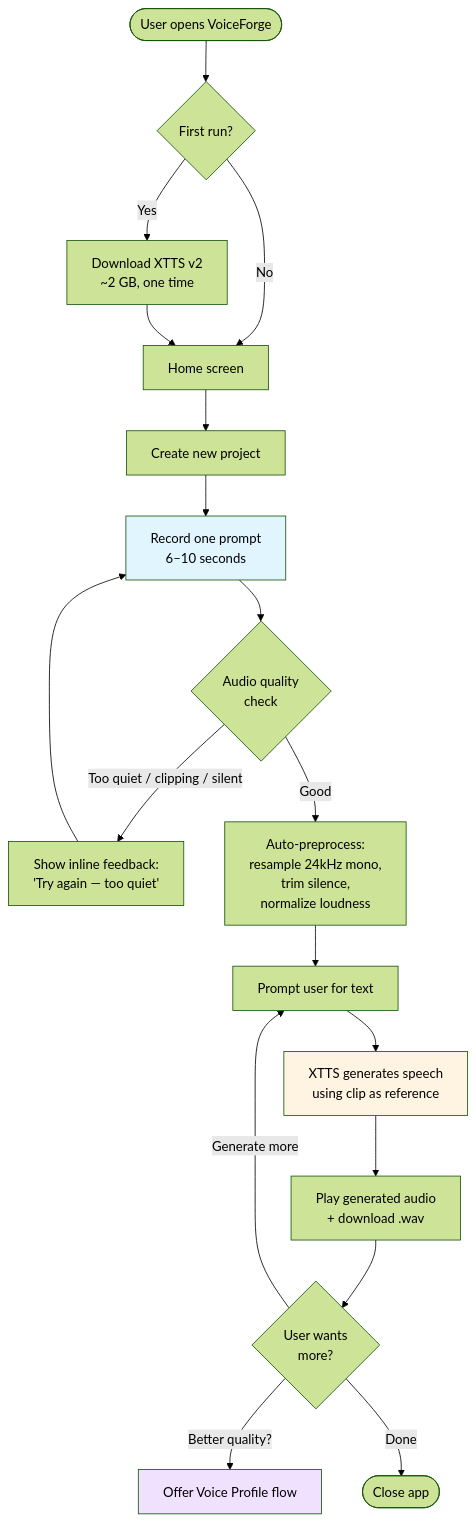
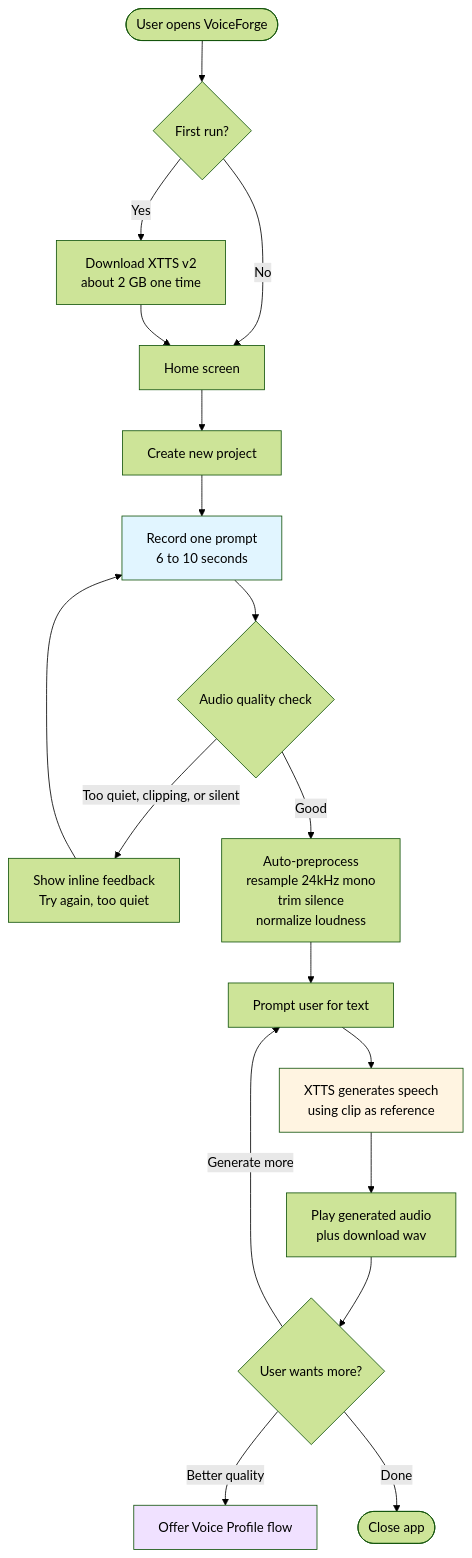
One commit to hk2166/Modulizer changed the second of 5 diagrams in README.md. Above: the diagram before and after it, drawn with Mermaid (forest theme). The commit also changed other lines of this file, not shown here.

````diff
--- a/README.md
+++ b/README.md
@@ -86,28 +88,28 @@
 ```mermaid
 flowchart TD
-    Start([User opens VoiceForge]) --> Check{First run?}
-    Check -->|Yes| Download[Download XTTS v2<br/>~2 GB, one time]
-    Check -->|No| Home[Home screen]
+    Start(["User opens VoiceForge"]) --> Check{"First run?"}
+    Check -->|Yes| Download["Download XTTS v2<br/>about 2 GB one time"]
+    Check -->|No| Home["Home screen"]
     Download --> Home
 
-    Home --> NewProj[Create new project]
-    NewProj --> Record[Record one prompt<br/>6–10 seconds]
+    Home --> NewProj["Create new project"]
+    NewProj --> Record["Record one prompt<br/>6 to 10 seconds"]
 
-    Record --> Validate{Audio quality<br/>check}
-    Validate -->|Too quiet / clipping / silent| RetryFeedback["Show inline feedback:<br/>'Try again — too quiet'"]
+    Record --> Validate{"Audio quality check"}
+    Validate -->|Too quiet, clipping, or silent| RetryFeedback["Show inline feedback<br/>Try again, too quiet"]
     RetryFeedback --> Record
-    Validate -->|Good| Preprocess[Auto-preprocess:<br/>resample 24kHz mono,<br/>trim silence,<br/>normalize loudness]
+    Validate -->|Good| Preprocess["Auto-preprocess<br/>resample 24kHz mono<br/>trim silence<br/>normalize loudness"]
 
-    Preprocess --> ReadyText[Prompt user for text]
-    ReadyText --> Generate[XTTS generates speech<br/>using clip as reference]
-    Generate --> Playback[Play generated audio<br/>+ download .wav]
+    Preprocess --> ReadyText["Prompt user for text"]
+    ReadyText --> Generate["XTTS generates speech<br/>using clip as reference"]
+    Generate --> Playback["Play generated audio<br/>plus download wav"]
 
-    Playback --> Decision{User wants<br/>more?}
+    Playback --> Decision{"User wants more?"}
     Decision -->|Generate more| ReadyText
-    Decision -->|Better quality?| Upgrade[Offer Voice Profile flow]
-    Decision -->|Done| End([Close app])
+    Decision -->|Better quality| Upgrade["Offer Voice Profile flow"]
+    Decision -->|Done| End(["Close app"])
 
     style Record fill:#e1f5ff
     style Generate fill:#fff4e1
     style Upgrade fill:#f0e1ff
 ```
````
